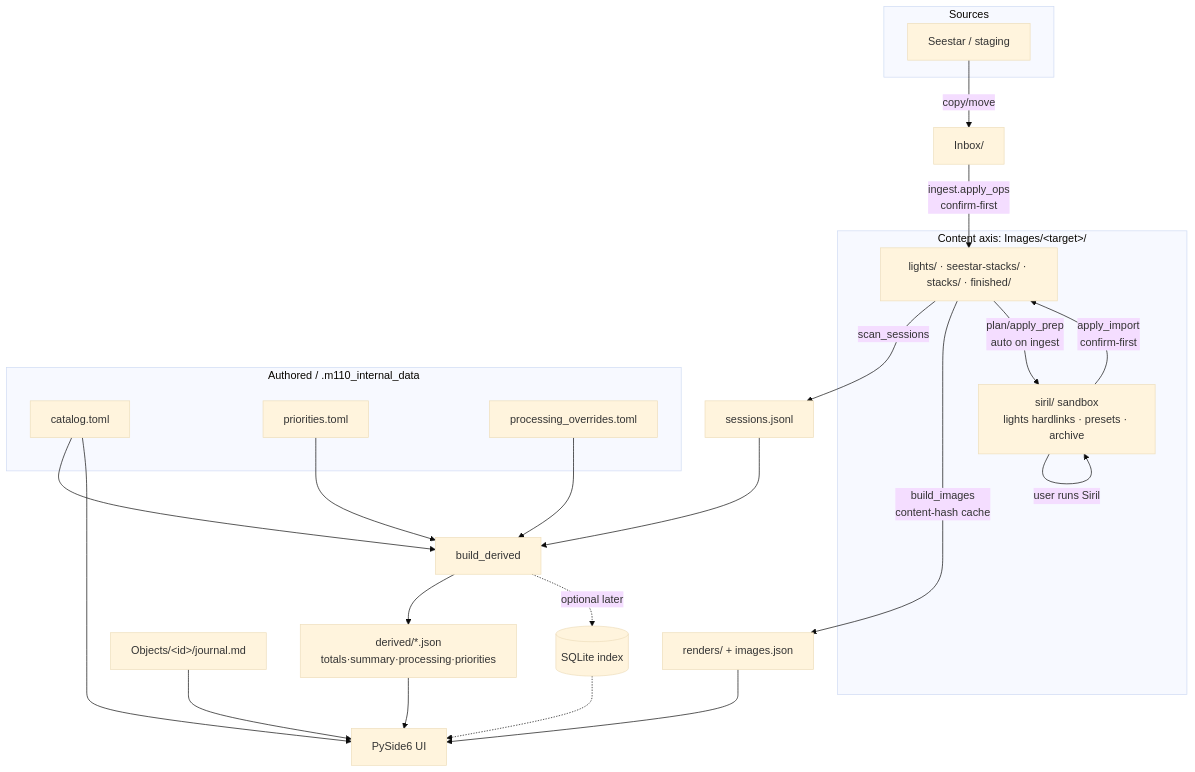
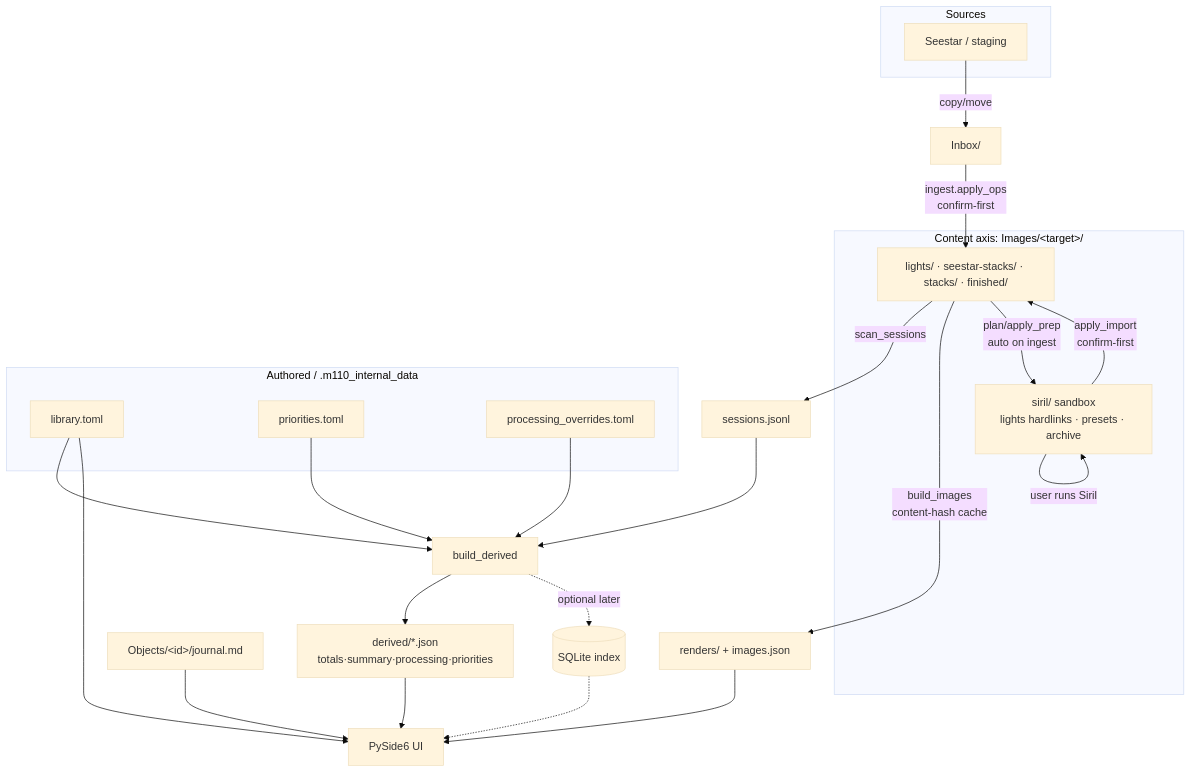
The diagram in DATA_MODEL.md (mjm1138/m110), drawn with Mermaid (base theme) before and after one commit. The commit also changed other lines of this file and 27 other files, not shown here.

First line of the commit message:
Item 5 Phase 5a: Library/Catalog foundation (store v3)

````diff
--- a/DATA_MODEL.md
+++ b/DATA_MODEL.md
@@ -193,43 +196,43 @@
 ```mermaid
 flowchart TD
     subgraph sources[Sources]
         DEV[Seestar / staging]
     end
     DEV -->|copy/move| INBOX[Inbox/]
     INBOX -->|ingest.apply_ops<br/>confirm-first| IMG
 
     subgraph content[Content axis: Images/&lt;target&gt;/]
         IMG[lights/ · seestar-stacks/ · stacks/ · finished/]
         SANDBOX[siril/ sandbox<br/>lights hardlinks · presets · archive]
     end
 
     subgraph authored[Authored / .m110_internal_data]
-        CAT[catalog.toml]
+        CAT[library.toml]
         PRI[priorities.toml]
         OVR[processing_overrides.toml]
     end
     JOURNAL[Objects/&lt;id&gt;/journal.md]
 
     IMG -->|scan_sessions| SESS[sessions.jsonl]
     SESS --> BD[build_derived]
     CAT --> BD
     PRI --> BD
     OVR --> BD
     BD --> DERIVED[derived/*.json<br/>totals·summary·processing·priorities]
 
     IMG -->|build_images<br/>content-hash cache| RENDERS[renders/ + images.json]
 
     DERIVED --> UI[PySide6 UI]
     RENDERS --> UI
     JOURNAL --> UI
     CAT --> UI
 
     %% siril round-trip
     IMG -->|plan/apply_prep<br/>auto on ingest| SANDBOX
     SANDBOX -->|user runs Siril| SANDBOX
     SANDBOX -->|apply_import<br/>confirm-first| IMG
 
     %% future SQLite index seam
     BD -.optional later.-> SQLITE[(SQLite index)]
     SQLITE -.-> UI
 ```
````
